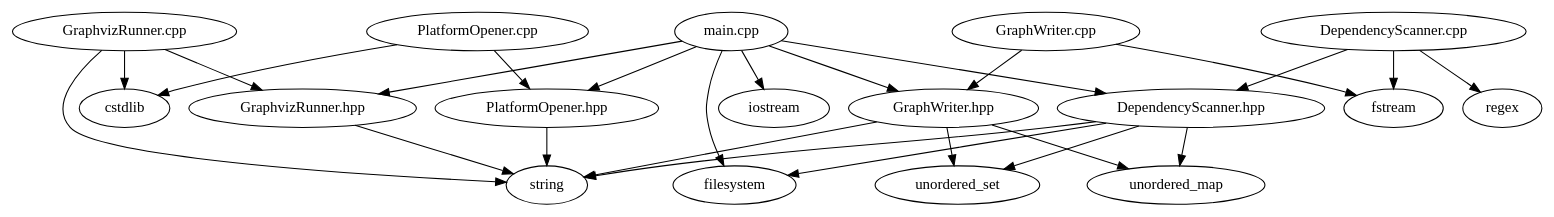
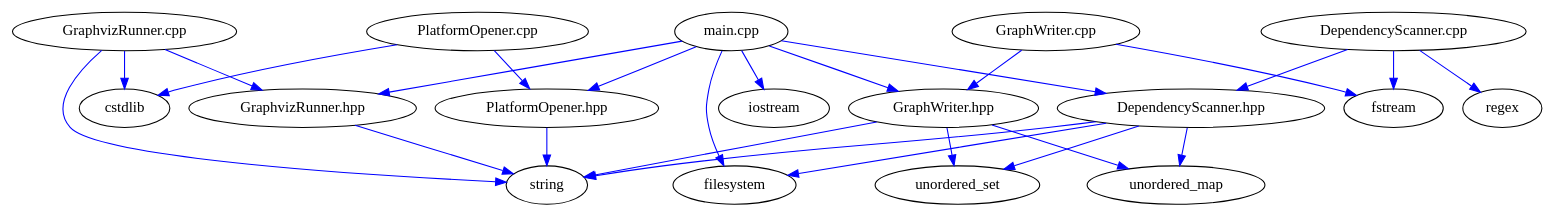
One commit to AlexandraKemperMS/DependencyVisualizer changed the diagram in dependencies.dot. Above: the diagram before and after it, drawn with Graphviz. The commit also changed 6 other files, not shown here.

Commit message:
Add blue color to all edges in dependency graph DOT output

```diff
--- a/dependencies.dot
+++ b/dependencies.dot
@@ -1,27 +1,27 @@
 digraph dependencies {
-  "main.cpp" -> "filesystem";
-  "main.cpp" -> "iostream";
-  "main.cpp" -> "PlatformOpener.hpp";
-  "main.cpp" -> "GraphvizRunner.hpp";
-  "main.cpp" -> "GraphWriter.hpp";
-  "main.cpp" -> "DependencyScanner.hpp";
-  "GraphWriter.cpp" -> "fstream";
-  "GraphWriter.cpp" -> "GraphWriter.hpp";
-  "PlatformOpener.cpp" -> "cstdlib";
-  "PlatformOpener.cpp" -> "PlatformOpener.hpp";
-  "GraphvizRunner.cpp" -> "string";
-  "GraphvizRunner.cpp" -> "cstdlib";
-  "GraphvizRunner.cpp" -> "GraphvizRunner.hpp";
-  "DependencyScanner.cpp" -> "regex";
-  "DependencyScanner.cpp" -> "fstream";
-  "DependencyScanner.cpp" -> "DependencyScanner.hpp";
-  "GraphWriter.hpp" -> "unordered_map";
-  "GraphWriter.hpp" -> "unordered_set";
-  "GraphWriter.hpp" -> "string";
-  "DependencyScanner.hpp" -> "filesystem";
-  "DependencyScanner.hpp" -> "unordered_map";
-  "DependencyScanner.hpp" -> "unordered_set";
-  "DependencyScanner.hpp" -> "string";
-  "GraphvizRunner.hpp" -> "string";
-  "PlatformOpener.hpp" -> "string";
+  "main.cpp" -> "filesystem" [color=blue];
+  "main.cpp" -> "iostream" [color=blue];
+  "main.cpp" -> "PlatformOpener.hpp" [color=blue];
+  "main.cpp" -> "GraphvizRunner.hpp" [color=blue];
+  "main.cpp" -> "GraphWriter.hpp" [color=blue];
+  "main.cpp" -> "DependencyScanner.hpp" [color=blue];
+  "GraphWriter.cpp" -> "fstream" [color=blue];
+  "GraphWriter.cpp" -> "GraphWriter.hpp" [color=blue];
+  "PlatformOpener.cpp" -> "cstdlib" [color=blue];
+  "PlatformOpener.cpp" -> "PlatformOpener.hpp" [color=blue];
+  "GraphvizRunner.cpp" -> "string" [color=blue];
+  "GraphvizRunner.cpp" -> "cstdlib" [color=blue];
+  "GraphvizRunner.cpp" -> "GraphvizRunner.hpp" [color=blue];
+  "DependencyScanner.cpp" -> "regex" [color=blue];
+  "DependencyScanner.cpp" -> "fstream" [color=blue];
+  "DependencyScanner.cpp" -> "DependencyScanner.hpp" [color=blue];
+  "GraphWriter.hpp" -> "unordered_map" [color=blue];
+  "GraphWriter.hpp" -> "unordered_set" [color=blue];
+  "GraphWriter.hpp" -> "string" [color=blue];
+  "DependencyScanner.hpp" -> "filesystem" [color=blue];
+  "DependencyScanner.hpp" -> "unordered_map" [color=blue];
+  "DependencyScanner.hpp" -> "unordered_set" [color=blue];
+  "DependencyScanner.hpp" -> "string" [color=blue];
+  "GraphvizRunner.hpp" -> "string" [color=blue];
+  "PlatformOpener.hpp" -> "string" [color=blue];
 }
```
